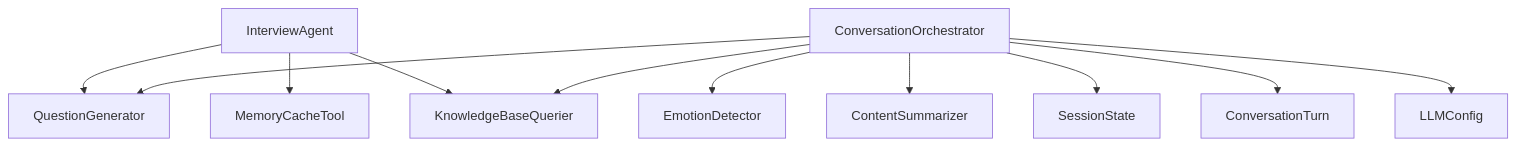
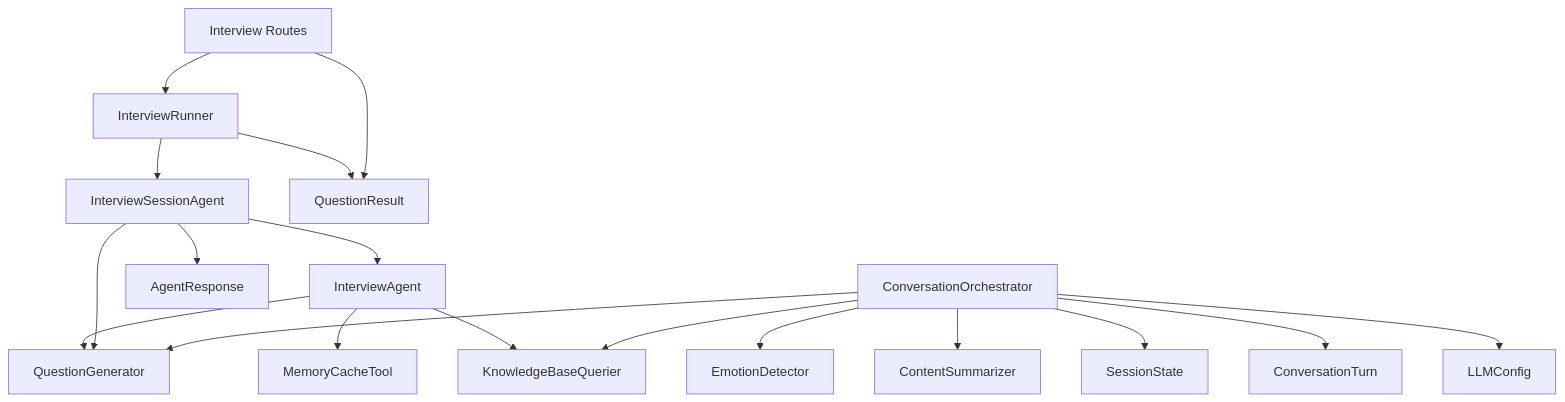
One commit to WangYiKai1017/zizuan changed the eighth of 8 diagrams in .qoder/repowiki/en/content/Core Components/Interview Agent.md. Above: the diagram before and after it, drawn with Mermaid. The commit also changed other lines of this file and 31 other files, not shown here.

````diff
--- a/.qoder/repowiki/en/content/Core Components/Interview Agent.md
+++ b/.qoder/repowiki/en/content/Core Components/Interview Agent.md
@@ -439,13 +472,20 @@
 ```mermaid
 graph TB
 IA["InterviewAgent"] --> QG["QuestionGenerator"]
 IA --> MC["MemoryCacheTool"]
 IA --> KBQ["KnowledgeBaseQuerier"]
+ISA["InterviewSessionAgent"] --> IA
+ISA --> QG
+ISA --> AR["AgentResponse"]
 CO["ConversationOrchestrator"] --> ED["EmotionDetector"]
 CO --> KBQ
 CO --> QG
 CO --> CS["ContentSummarizer"]
 CO --> SS["SessionState"]
 CO --> CT["ConversationTurn"]
+IR["InterviewRunner"] --> ISA
+IR --> QR["QuestionResult"]
+INT["Interview Routes"] --> IR
+INT --> QR
 CO --> LLM["LLMConfig"]
 ```
````
